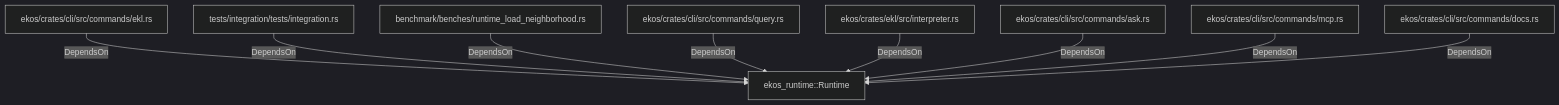
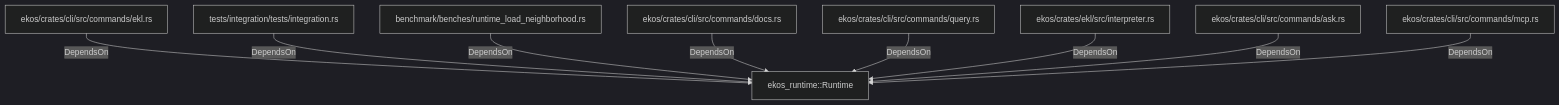
One commit to alexeyban/EKOS changed the diagram in doc/entities/rustmodule/ek/ekos-runtime-runtime.md. Above: the diagram before and after it, drawn with Mermaid (dark theme). The commit also changed other lines of this file and 552 other files, not shown here.

````diff
--- a/doc/entities/rustmodule/ek/ekos-runtime-runtime.md
+++ b/doc/entities/rustmodule/ek/ekos-runtime-runtime.md
@@ -22,20 +22,20 @@
 ```mermaid
 graph TD
     n91d0a10438fd5f95be7f51ec6f752da8["ekos_runtime::Runtime"]
     nbc65014d7e0a5fdc8a2bfde4edce2935["ekos/crates/cli/src/commands/ekl.rs"]
     nbc65014d7e0a5fdc8a2bfde4edce2935 -->|DependsOn| n91d0a10438fd5f95be7f51ec6f752da8
     n23e9eb43c8df52b5a581f2efba7085ea["tests/integration/tests/integration.rs"]
     n23e9eb43c8df52b5a581f2efba7085ea -->|DependsOn| n91d0a10438fd5f95be7f51ec6f752da8
     nea98c0023a2b5dd69aee01db9fa9bde1["benchmark/benches/runtime_load_neighborhood.rs"]
     nea98c0023a2b5dd69aee01db9fa9bde1 -->|DependsOn| n91d0a10438fd5f95be7f51ec6f752da8
+    n5503d15b112f541f81898be05a060beb["ekos/crates/cli/src/commands/docs.rs"]
+    n5503d15b112f541f81898be05a060beb -->|DependsOn| n91d0a10438fd5f95be7f51ec6f752da8
     n76b10d14834f5bcb8858f46092b1989c["ekos/crates/cli/src/commands/query.rs"]
     n76b10d14834f5bcb8858f46092b1989c -->|DependsOn| n91d0a10438fd5f95be7f51ec6f752da8
     n9c2cb6e4ee09503f8cf5ccfaf23ecd79["ekos/crates/ekl/src/interpreter.rs"]
     n9c2cb6e4ee09503f8cf5ccfaf23ecd79 -->|DependsOn| n91d0a10438fd5f95be7f51ec6f752da8
     ne7e75efa39cb5182b0562fd16dfdc739["ekos/crates/cli/src/commands/ask.rs"]
     ne7e75efa39cb5182b0562fd16dfdc739 -->|DependsOn| n91d0a10438fd5f95be7f51ec6f752da8
     nff76bb7392855295927c5cb33a5bbc25["ekos/crates/cli/src/commands/mcp.rs"]
     nff76bb7392855295927c5cb33a5bbc25 -->|DependsOn| n91d0a10438fd5f95be7f51ec6f752da8
-    n5503d15b112f541f81898be05a060beb["ekos/crates/cli/src/commands/docs.rs"]
-    n5503d15b112f541f81898be05a060beb -->|DependsOn| n91d0a10438fd5f95be7f51ec6f752da8
 ```
````
